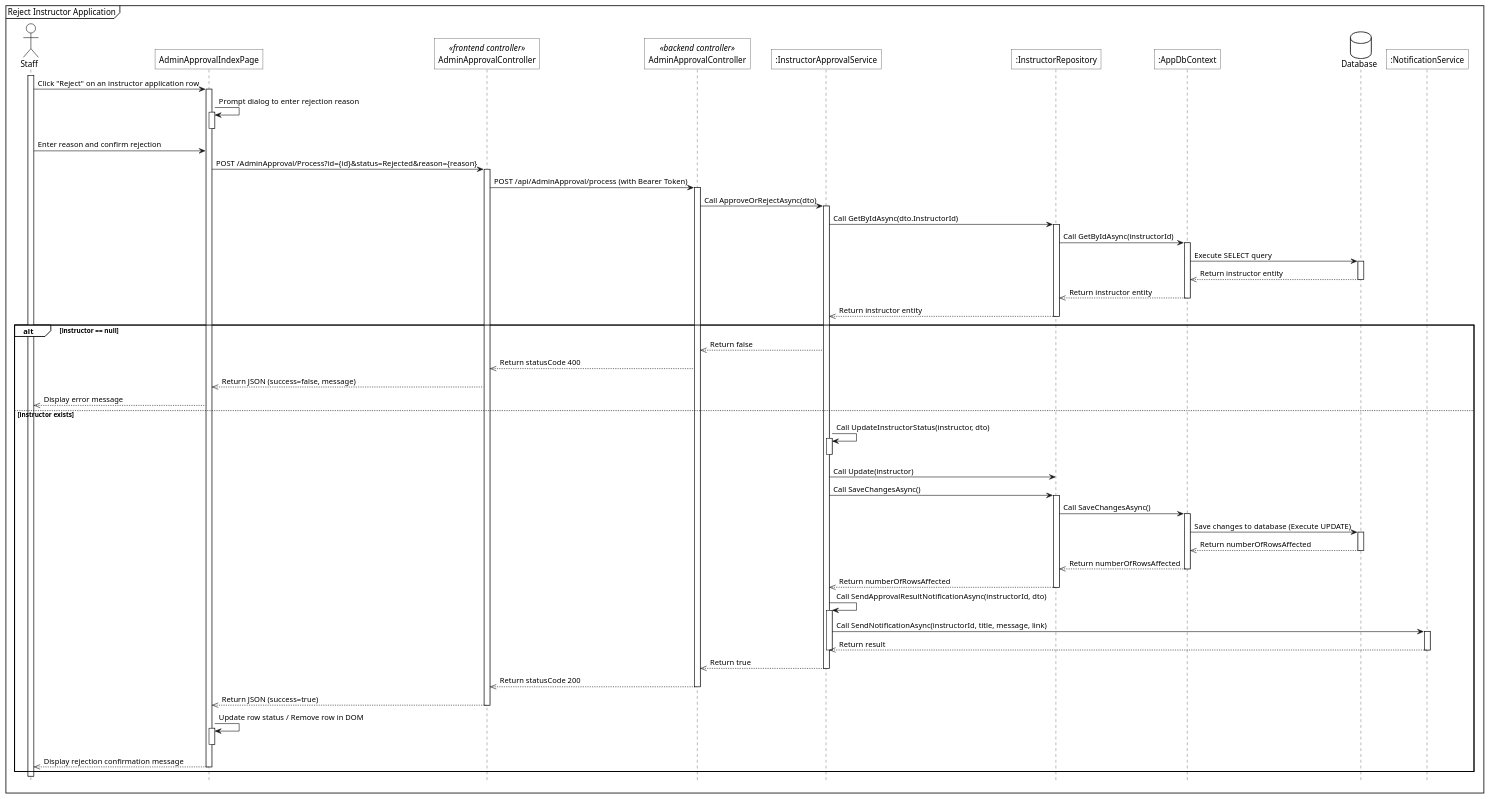
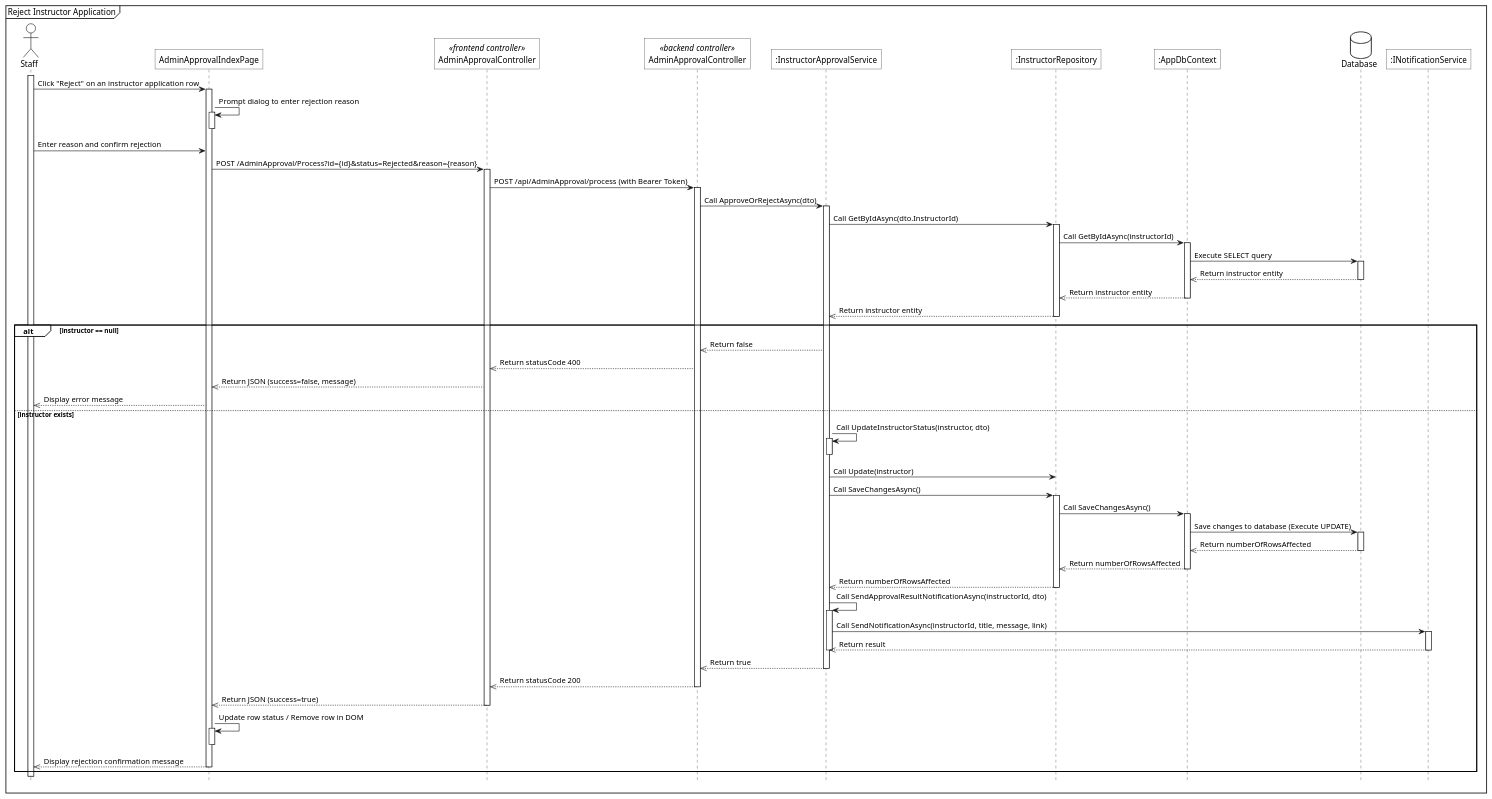
Before and after one commit to 1000do/Linked: the diagram in diagrams/sequence/manage_instructor_applications/sq_reject_instructor_application.plantuml, drawn with PlantUML. The commit also changed 24 other files, not shown here.

Commit message:
feat: generate sequence diagrams for system features and implement a migration script to standardize diagram naming and error handling patterns

```diff
--- a/diagrams/sequence/manage_instructor_applications/sq_reject_instructor_application.plantuml
+++ b/diagrams/sequence/manage_instructor_applications/sq_reject_instructor_application.plantuml
@@ -1,92 +1,92 @@
 @startuml
 <style>
     sequenceDiagram{
         actor{
             BackgroundColor white
             LineThickness 1.0
         }
         participant{
             BackgroundColor white
             RoundCorner 0
         }
         database{
             BackgroundColor white
         }
         groupHeader{
             BackgroundColor white
         }
         referenceHeader{
             BackgroundColor white
         }
         reference{
             BackgroundColor white
         }
     }
 </style>
 
 hide footbox
 
 mainframe Reject Instructor Application
 
 actor Staff as act
 participant "AdminApprovalIndexPage" as view
 participant "AdminApprovalController" as fe_ctrl <<frontend controller>>
 participant "AdminApprovalController" as be_ctrl <<backend controller>>
 participant ":InstructorApprovalService" as sv
 participant ":InstructorRepository" as repo
 participant ":AppDbContext" as ctx
 database Database as db
-participant ":NotificationService" as noti_sv
+participant ":INotificationService" as noti_sv
 
 act ++
 act -> view++: Click "Reject" on an instructor application row
 view -> view++: Prompt dialog to enter rejection reason
 view --
 
 act -> view: Enter reason and confirm rejection
 view -> fe_ctrl++: POST /AdminApproval/Process?id={id}&status=Rejected&reason={reason}
 
 fe_ctrl -> be_ctrl++: POST /api/AdminApproval/process (with Bearer Token)
 
 be_ctrl -> sv++: Call ApproveOrRejectAsync(dto)
 sv -> repo++: Call GetByIdAsync(dto.InstructorId)
 repo -> ctx++: Call GetByIdAsync(instructorId)
 ctx -> db++: Execute SELECT query
 
 db -->> ctx--: Return instructor entity
 ctx -->> repo--: Return instructor entity
 repo -->> sv--: Return instructor entity
 
 alt instructor == null
     sv -->> be_ctrl: Return false
     be_ctrl -->> fe_ctrl: Return statusCode 400
     fe_ctrl -->> view: Return JSON (success=false, message)
     view -->> act: Display error message
 else instructor exists
     sv -> sv++: Call UpdateInstructorStatus(instructor, dto)
     sv --
     
     sv -> repo: Call Update(instructor)
     
     sv -> repo++: Call SaveChangesAsync()
     repo -> ctx++: Call SaveChangesAsync()
     ctx -> db++: Save changes to database (Execute UPDATE)
     db -->> ctx--: Return numberOfRowsAffected
     ctx -->> repo--: Return numberOfRowsAffected
     repo -->> sv--: Return numberOfRowsAffected
     
     sv -> sv++: Call SendApprovalResultNotificationAsync(instructorId, dto)
     sv -> noti_sv++: Call SendNotificationAsync(instructorId, title, message, link)
     noti_sv -->> sv--: Return result
     sv --
     
     sv -->> be_ctrl--: Return true
     be_ctrl -->> fe_ctrl--: Return statusCode 200
     fe_ctrl -->> view--: Return JSON (success=true)
     
     view -> view++: Update row status / Remove row in DOM
     view --
     view -->> act--: Display rejection confirmation message
 end
 
 @enduml
```
